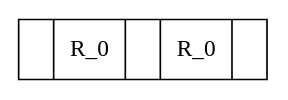
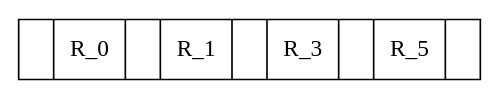
One commit to BryanGmz/Proyecto-ED-WAZE-Guatemala changed the diagram in ProyectoED-GPS/archivo.dot. Above: the diagram before and after it, drawn with Graphviz. The commit also changed 4 other files, not shown here.

```diff
--- a/ProyectoED-GPS/archivo.dot
+++ b/ProyectoED-GPS/archivo.dot
@@ -1,4 +1,4 @@
 digraph g { 
  node [shape=record];
-Nodo14981724[label="<P0>|R_0|<P01>|R_0|<P11>"];
+Nodo27516572[label="<P0>|R_0|<P01>|R_1|<P11>|R_3|<P21>|R_5|<P31>"];
 }
```
